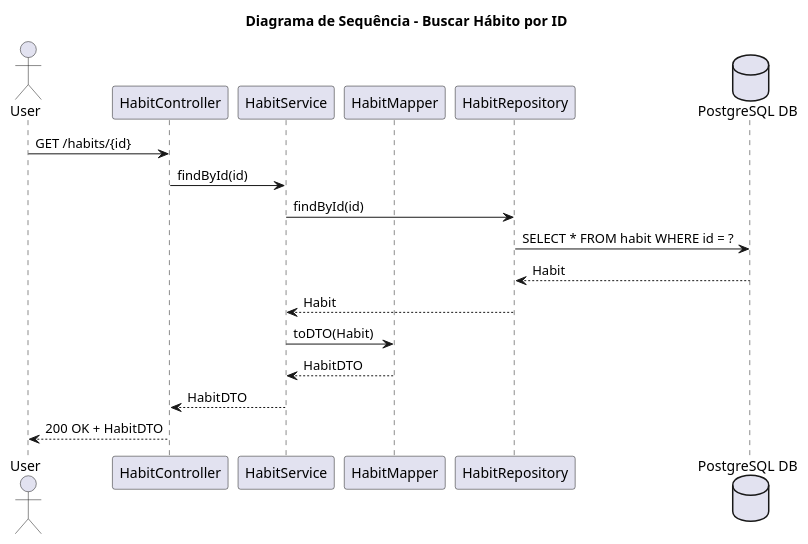
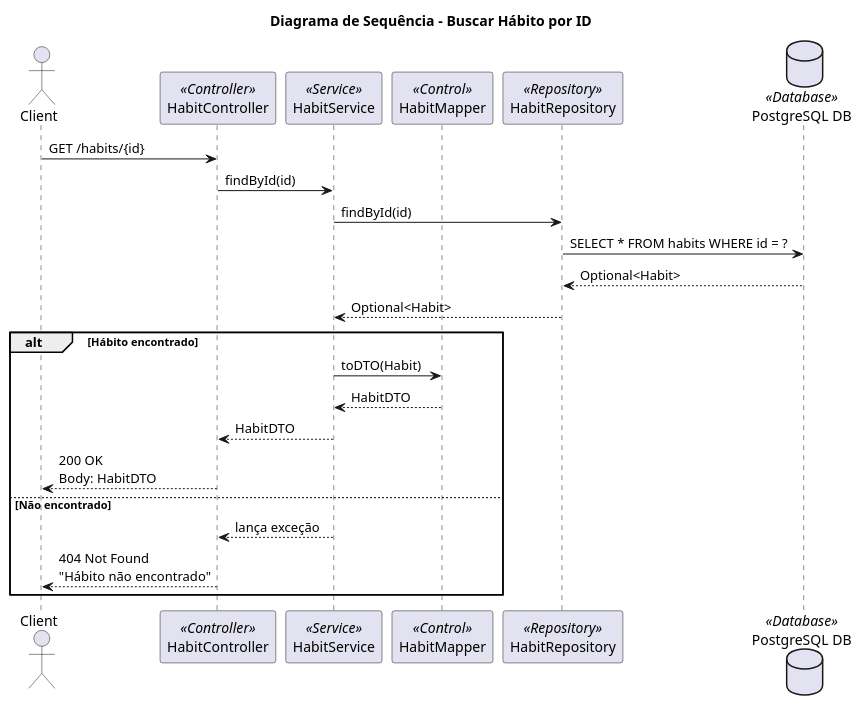
The diagram in docs/habit-retrieve-sequence.puml (GuimaraesGus/habit-tracker), drawn with PlantUML before and after one commit. The commit also changed 12 other files, not shown here.

```diff
--- a/docs/habit-retrieve-sequence.puml
+++ b/docs/habit-retrieve-sequence.puml
@@ -1,21 +1,30 @@
 @startuml
 title Diagrama de Sequência - Buscar Hábito por ID
 
-actor User
-participant "HabitController" as Controller
-participant "HabitService" as Service
-participant "HabitMapper" as Mapper
-participant "HabitRepository" as Repository
-database "PostgreSQL DB" as DB
+actor Client
 
-User -> Controller : GET /habits/{id}
+participant "HabitController" as Controller <<Controller>>
+participant "HabitService" as Service <<Service>>
+participant "HabitMapper" as Mapper <<Control>>
+participant "HabitRepository" as Repository <<Repository>>
+database "PostgreSQL DB" as DB <<Database>>
+
+Client -> Controller : GET /habits/{id}
 Controller -> Service : findById(id)
+
 Service -> Repository : findById(id)
-Repository -> DB : SELECT * FROM habit WHERE id = ?
-DB --> Repository : Habit
-Repository --> Service : Habit
-Service -> Mapper : toDTO(Habit)
-Mapper --> Service : HabitDTO
-Service --> Controller : HabitDTO
-Controller --> User : 200 OK + HabitDTO
+Repository -> DB : SELECT * FROM habits WHERE id = ?
+DB --> Repository : Optional<Habit>
+Repository --> Service : Optional<Habit>
+
+alt Hábito encontrado
+  Service -> Mapper : toDTO(Habit)
+  Mapper --> Service : HabitDTO
+
+  Service --> Controller : HabitDTO
+  Controller --> Client : 200 OK\nBody: HabitDTO
+else Não encontrado
+  Service --> Controller : lança exceção
+  Controller --> Client : 404 Not Found\n"Hábito não encontrado"
+end
 @enduml
```
